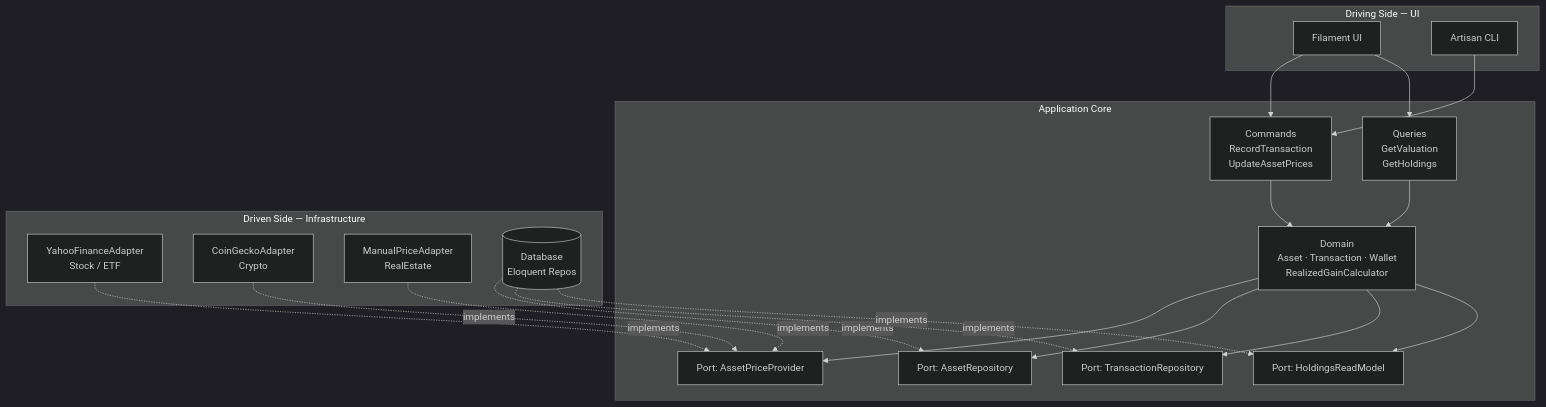
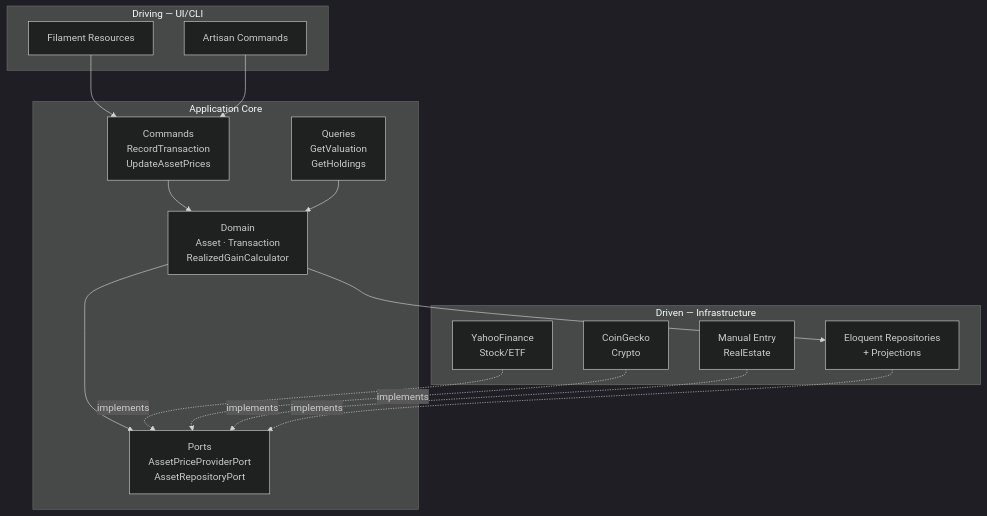
The first of 2 diagrams in docs/MULTI_ASSET_ARCHITECTURE.md (yanntyb/portefeuille), drawn with Mermaid (dark theme) before and after one commit. The commit also changed other lines of this file and 5 other files, not shown here.

First line of the commit message:
feat: Phase 9B WIP — HoldingsProjection model + listener (4/6 tests)

````diff
--- a/docs/MULTI_ASSET_ARCHITECTURE.md
+++ b/docs/MULTI_ASSET_ARCHITECTURE.md
@@ -57,43 +29,33 @@
 ```mermaid
 graph TD
-    subgraph Driving["Driving Side — UI"]
-        UI["Filament UI"]
-        CLI["Artisan CLI"]
+    subgraph UI["Driving — UI/CLI"]
+        Filament["Filament Resources"]
+        Artisan["Artisan Commands"]
     end
 
     subgraph Core["Application Core"]
-        CMD["Commands\nRecordTransaction\nUpdateAssetPrices"]
-        QRY["Queries\nGetValuation\nGetHoldings"]
-        DOM["Domain\nAsset · Transaction · Wallet\nRealizedGainCalculator"]
-        PP["Port: AssetPriceProvider"]
-        AR["Port: AssetRepository"]
-        TR["Port: TransactionRepository"]
-        HR["Port: HoldingsReadModel"]
+        Commands["Commands<br/>RecordTransaction<br/>UpdateAssetPrices"]
+        Queries["Queries<br/>GetValuation<br/>GetHoldings"]
+        Domain["Domain<br/>Asset · Transaction<br/>RealizedGainCalculator"]
+        Ports["Ports<br/>AssetPriceProviderPort<br/>AssetRepositoryPort"]
     end
 
-    subgraph Driven["Driven Side — Infrastructure"]
-        YF["YahooFinanceAdapter\nStock / ETF"]
-        CG["CoinGeckoAdapter\nCrypto"]
-        MP["ManualPriceAdapter\nRealEstate"]
-        DB[("Database\nEloquent Repos")]
+    subgraph Adapters["Driven — Infrastructure"]
+        Yahoo["YahooFinance<br/>Stock/ETF"]
+        CoinGecko["CoinGecko<br/>Crypto"]
+        Manual["Manual Entry<br/>RealEstate"]
+        EloquentRepos["Eloquent Repositories<br/>+ Projections"]
     end
 
-    UI --> CMD
-    UI --> QRY
-    CLI --> CMD
+    Filament --> Commands
+    Artisan --> Commands
+    Commands --> Domain
+    Queries --> Domain
+    Domain --> Ports
+    Domain --> EloquentRepos
 
-    CMD --> DOM
-    QRY --> DOM
-
-    DOM --> PP
-    DOM --> AR
-    DOM --> TR
-    DOM --> HR
-
-    YF -.->|implements| PP
-    CG -.->|implements| PP
-    MP -.->|implements| PP
-    DB -.->|implements| AR
-    DB -.->|implements| TR
-    DB -.->|implements| HR
+    Yahoo -.->|implements| Ports
+    CoinGecko -.->|implements| Ports
+    Manual -.->|implements| Ports
+    EloquentRepos -.->|implements| Ports
 ```
````
